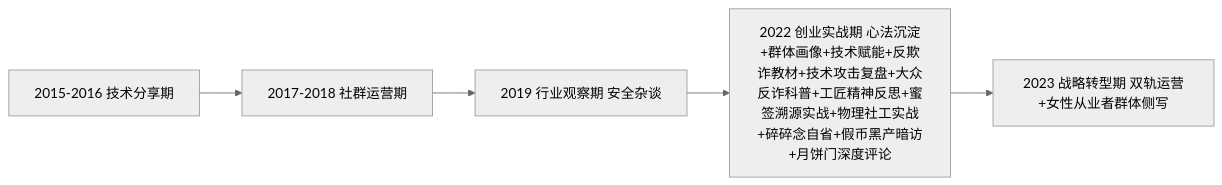
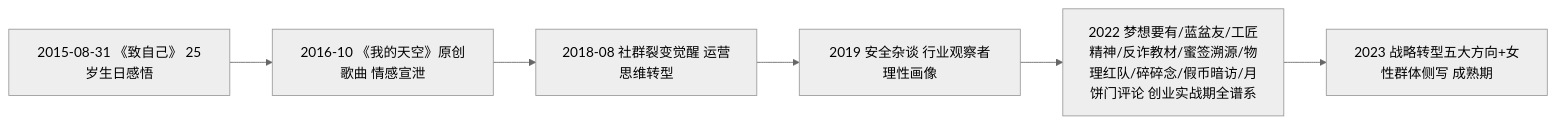
Before and after one commit to OpenDocCN1/sec-llm-wiki: the diagram in pages/301-zai-lushang-wechat-archive-201508-202208.md, drawn with Mermaid (neutral theme). The commit also changed other lines of this file and 4 other files, not shown here.

````diff
--- a/pages/301-zai-lushang-wechat-archive-201508-202208.md
+++ b/pages/301-zai-lushang-wechat-archive-201508-202208.md
@@ -593,7 +94,8 @@
 ```mermaid
 graph LR
-A[2015-2016 技术分享期] --> B[2017-2018 社群运营期]
-B --> C[2019 行业观察期 安全杂谈]
-C --> D[2022 创业实战期 心法沉淀+群体画像+技术赋能+反欺诈教材+技术攻击复盘+大众反诈科普+工匠精神反思+蜜签溯源实战+物理社工实战+碎碎念自省+假币黑产暗访+月饼门深度评论]
-D --> E[2023 战略转型期 双轨运营+女性从业者群体侧写]
+A[2015-08-31 《致自己》 25岁生日感悟] --> B[2016-10 《我的天空》原创歌曲 情感宣泄]
+B --> C[2018-08 社群裂变觉醒 运营思维转型]
+C --> D[2019 安全杂谈 行业观察者理性画像]
+D --> E[2022 梦想要有/蓝盆友/工匠精神/反诈教材/蜜签溯源/物理红队/碎碎念/假币暗访/月饼门评论 创业实战期全谱系]
+E --> F[2023 战略转型五大方向+女性群体侧写 成熟期]
 ```
````
